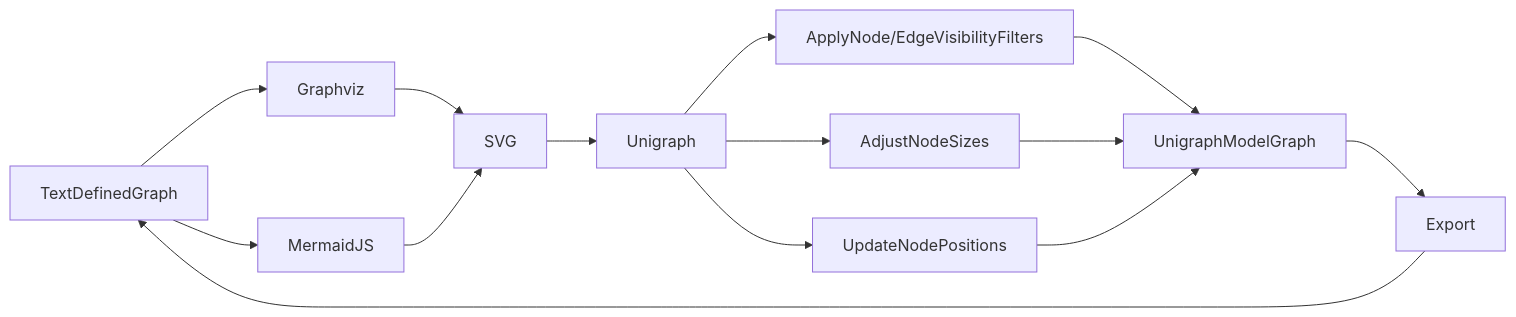
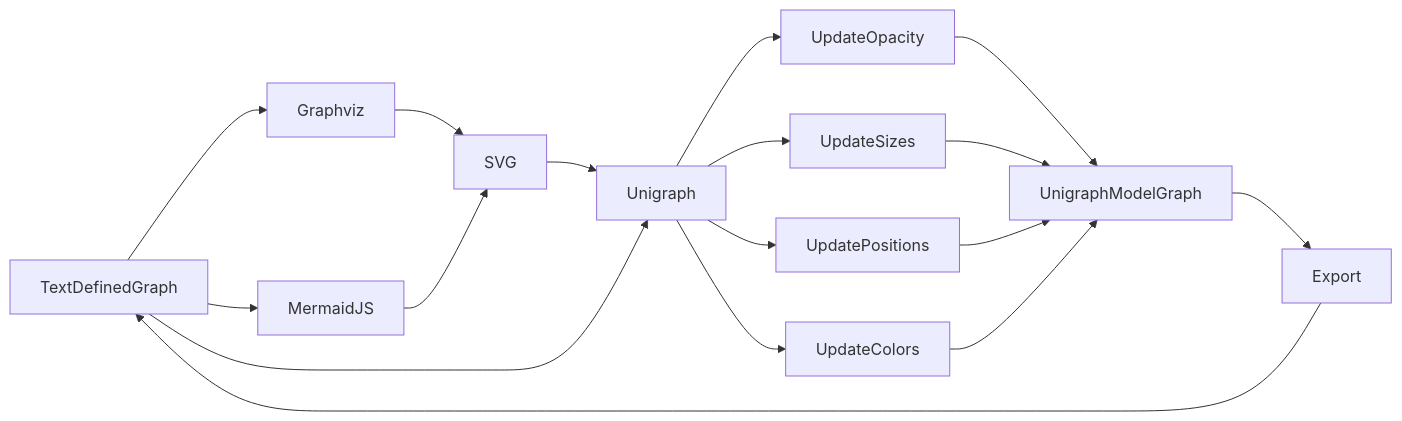
The diagram in docs/quickGuides/quickGuides.md (aesgraph/unigraph), drawn with Mermaid before and after one commit. The commit also changed other lines of this file and 111 other files, not shown here.

````diff
--- a/docs/quickGuides/quickGuides.md
+++ b/docs/quickGuides/quickGuides.md
@@ -17,16 +17,19 @@
 ```mermaid
 graph LR;
     TextDefinedGraph --> Graphviz
     Graphviz --> SVG
-    TextDefinedGraph --> MermaidJS 
+    TextDefinedGraph --> MermaidJS
     MermaidJS --> SVG 
     SVG --> Unigraph 
-    Unigraph --> UpdateNodePositions
-    Unigraph --> ApplyNode/EdgeVisibilityFilters
-    Unigraph --> AdjustNodeSizes
-    ApplyNode/EdgeVisibilityFilters --> UnigraphModelGraph
-    AdjustNodeSizes --> UnigraphModelGraph
-    UpdateNodePositions --> UnigraphModelGraph
+    TextDefinedGraph --> Unigraph
+    Unigraph --> UpdatePositions
+    Unigraph --> UpdateOpacity
+    Unigraph --> UpdateSizes
+    Unigraph --> UpdateColors
+    UpdateOpacity --> UnigraphModelGraph
+    UpdateSizes --> UnigraphModelGraph
+    UpdatePositions --> UnigraphModelGraph
+    UpdateColors --> UnigraphModelGraph
     UnigraphModelGraph --> Export
     Export --> TextDefinedGraph
 ```
````
